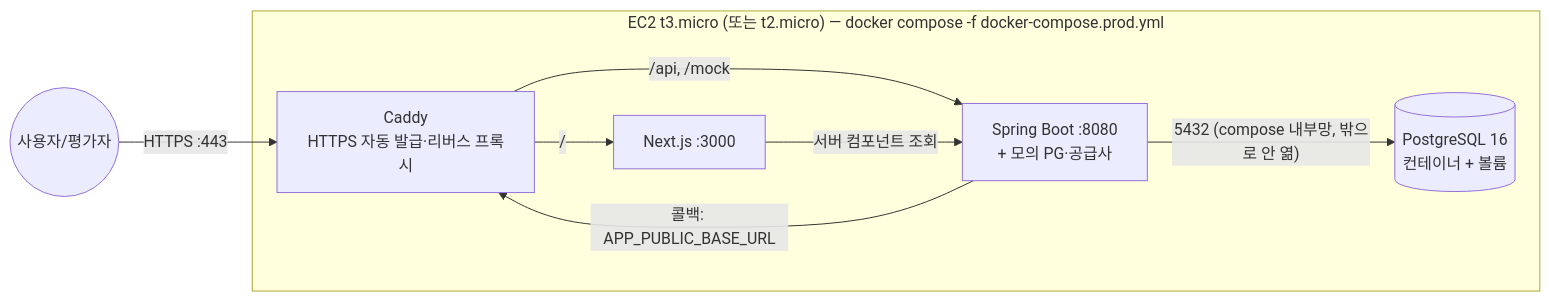
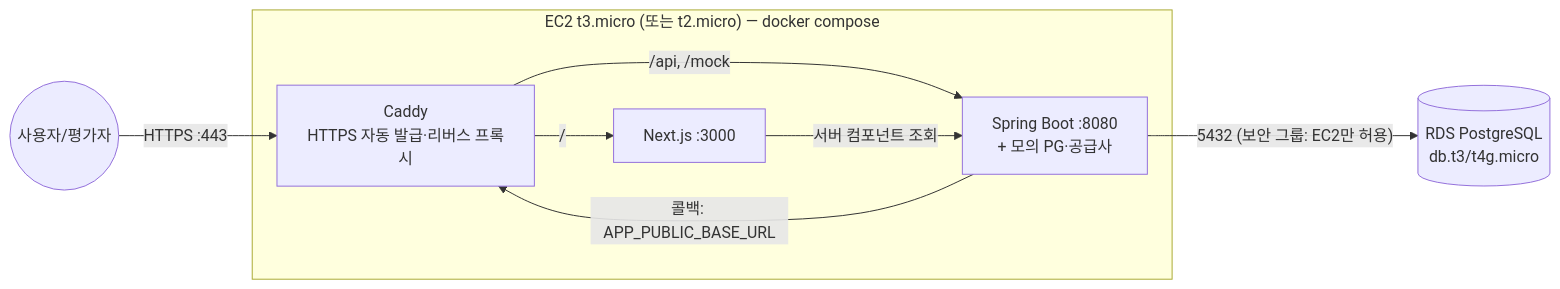
The diagram in docs/10_배포_계획.md (YeBook99/roam_pass), drawn with Mermaid before and after one commit. The commit also changed other lines of this file and 11 other files, not shown here.

````diff
--- a/docs/10_배포_계획.md
+++ b/docs/10_배포_계획.md
@@ -9,15 +9,14 @@
 ```mermaid
 flowchart LR
     User((사용자/평가자)) -- "HTTPS :443" --> Caddy
-    subgraph EC2["EC2 t3.micro (또는 t2.micro) — docker compose -f docker-compose.prod.yml"]
+    subgraph EC2["EC2 t3.micro (또는 t2.micro) — docker compose"]
         Caddy[Caddy<br/>HTTPS 자동 발급·리버스 프록시]
         FE[Next.js :3000]
         BE[Spring Boot :8080<br/>+ 모의 PG·공급사]
-        DB[(PostgreSQL 16<br/>컨테이너 + 볼륨)]
         Caddy -- "/" --> FE
         Caddy -- "/api, /mock" --> BE
         FE -- "서버 컴포넌트 조회" --> BE
         BE -- "콜백: APP_PUBLIC_BASE_URL" --> Caddy
-        BE -- "5432 (compose 내부망, 밖으로 안 엶)" --> DB
     end
+    BE -- "5432 (보안 그룹: EC2만 허용)" --> RDS[(RDS PostgreSQL<br/>db.t3/t4g.micro)]
 ```
````
